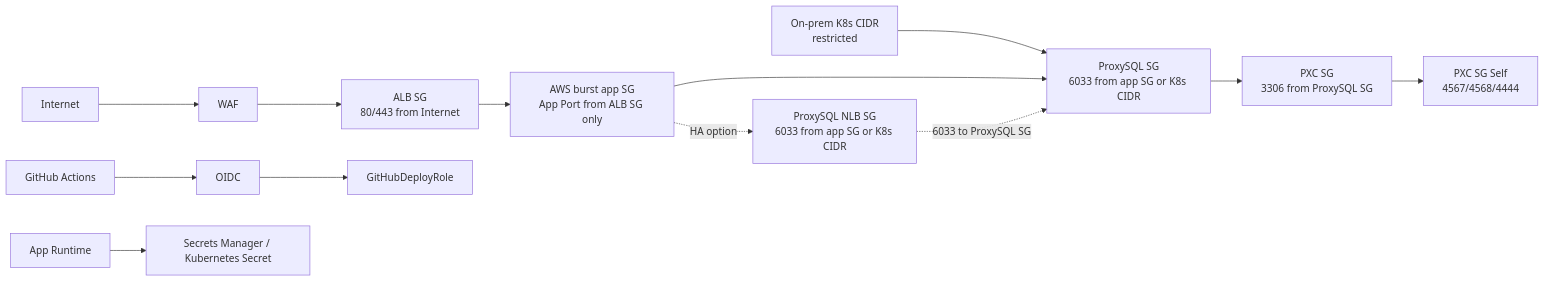
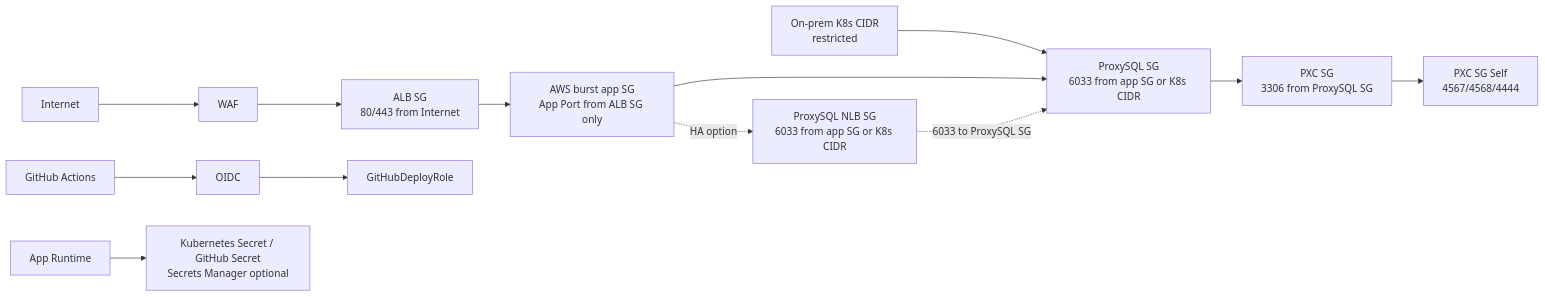
One commit to KosaCloudTeam2/infra-platform changed the sixth of 7 diagrams in docs/01_architecture.md. Above: the diagram before and after it, drawn with Mermaid. The commit also changed other lines of this file and 52 other files, not shown here.

````diff
--- a/docs/01_architecture.md
+++ b/docs/01_architecture.md
@@ -563,15 +543,15 @@
 ```mermaid
 flowchart LR
     Internet["Internet"] --> WAF["WAF"]
     WAF --> ALBSG["ALB SG<br/>80/443 from Internet"]
     ALBSG --> AppSG["AWS burst app SG<br/>App Port from ALB SG only"]
     K8sCIDR["On-prem K8s CIDR<br/>restricted"] --> ProxySG
     AppSG --> ProxySG["ProxySQL SG<br/>6033 from app SG or K8s CIDR"]
     AppSG -. "HA option" .-> ProxyNlbSG["ProxySQL NLB SG<br/>6033 from app SG or K8s CIDR"]
     ProxyNlbSG -. "6033 to ProxySQL SG" .-> ProxySG
     ProxySG --> PXCSG["PXC SG<br/>3306 from ProxySQL SG"]
     Actions["GitHub Actions"] --> OIDC["OIDC"]
     OIDC --> Role["GitHubDeployRole"]
-    App["App Runtime"] --> Secret["Secrets Manager / Kubernetes Secret"]
+    App["App Runtime"] --> Secret["Kubernetes Secret / GitHub Secret<br/>Secrets Manager optional"]
     PXCSG --> PxcSelf["PXC SG Self<br/>4567/4568/4444"]
 ```
````
